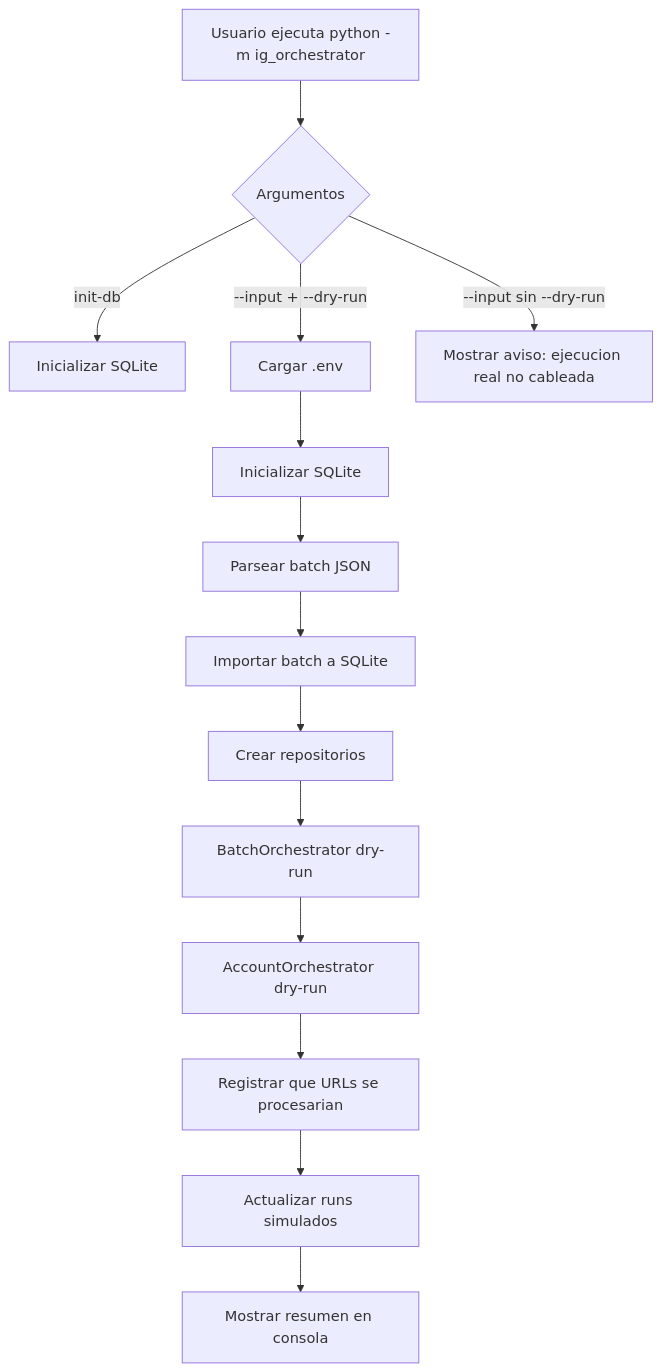
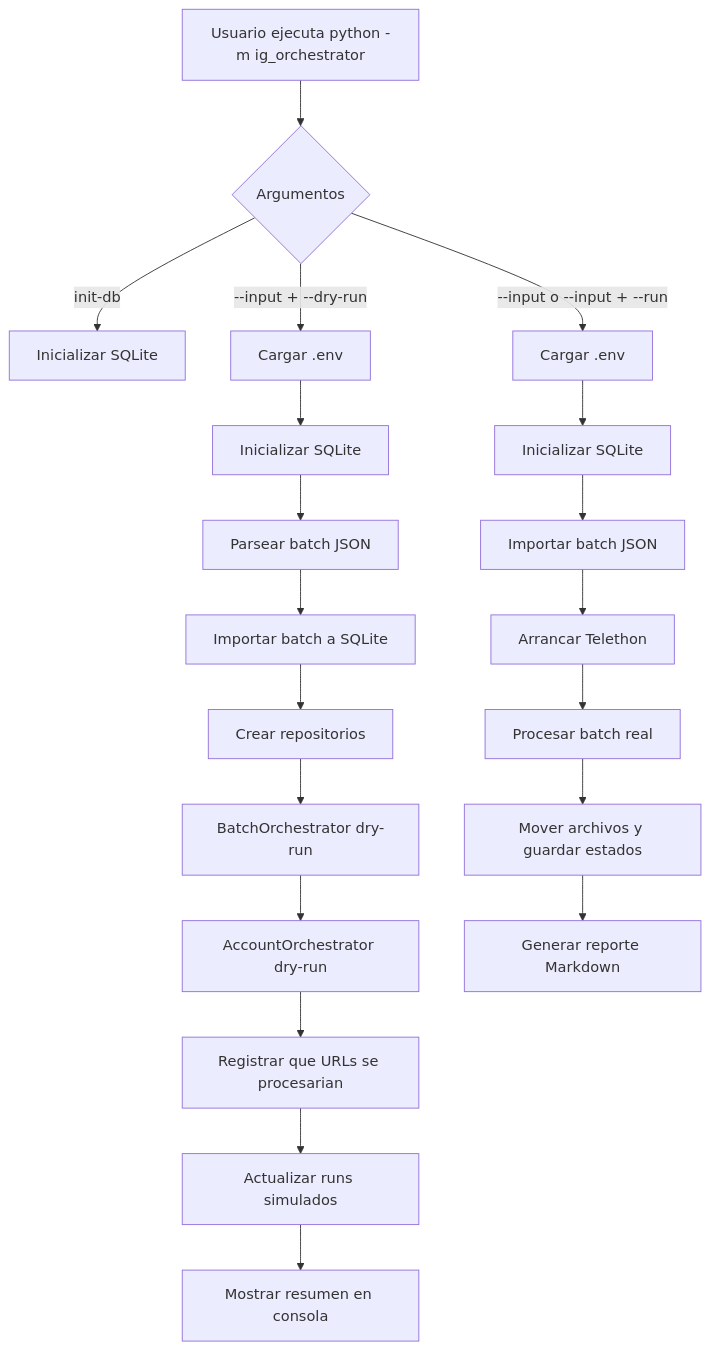
Before and after one commit to eduardobv/ig_orchestrator: the first of 2 diagrams in README.md, drawn with Mermaid. The commit also changed other lines of this file and 6 other files, not shown here.

Commit message:
feat: wire real telegram batch execution

````diff
--- a/README.md
+++ b/README.md
@@ -319,16 +339,22 @@
 ```mermaid
 flowchart TD
     A[Usuario ejecuta python -m ig_orchestrator] --> B{Argumentos}
     B -->|init-db| C[Inicializar SQLite]
     B -->|--input + --dry-run| D[Cargar .env]
     D --> E[Inicializar SQLite]
     E --> F[Parsear batch JSON]
     F --> G[Importar batch a SQLite]
     G --> H[Crear repositorios]
     H --> I[BatchOrchestrator dry-run]
     I --> J[AccountOrchestrator dry-run]
     J --> K[Registrar que URLs se procesarian]
     K --> L[Actualizar runs simulados]
     L --> M[Mostrar resumen en consola]
-    B -->|--input sin --dry-run| N[Mostrar aviso: ejecucion real no cableada]
+    B -->|--input o --input + --run| N[Cargar .env]
+    N --> O[Inicializar SQLite]
+    O --> P[Importar batch JSON]
+    P --> Q[Arrancar Telethon]
+    Q --> R[Procesar batch real]
+    R --> S[Mover archivos y guardar estados]
+    S --> T[Generar reporte Markdown]
 ```
````
